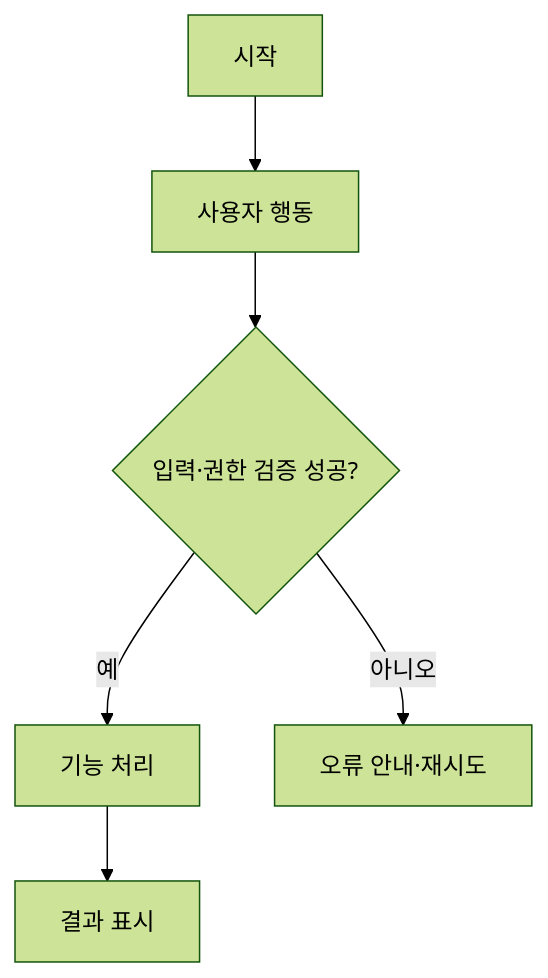
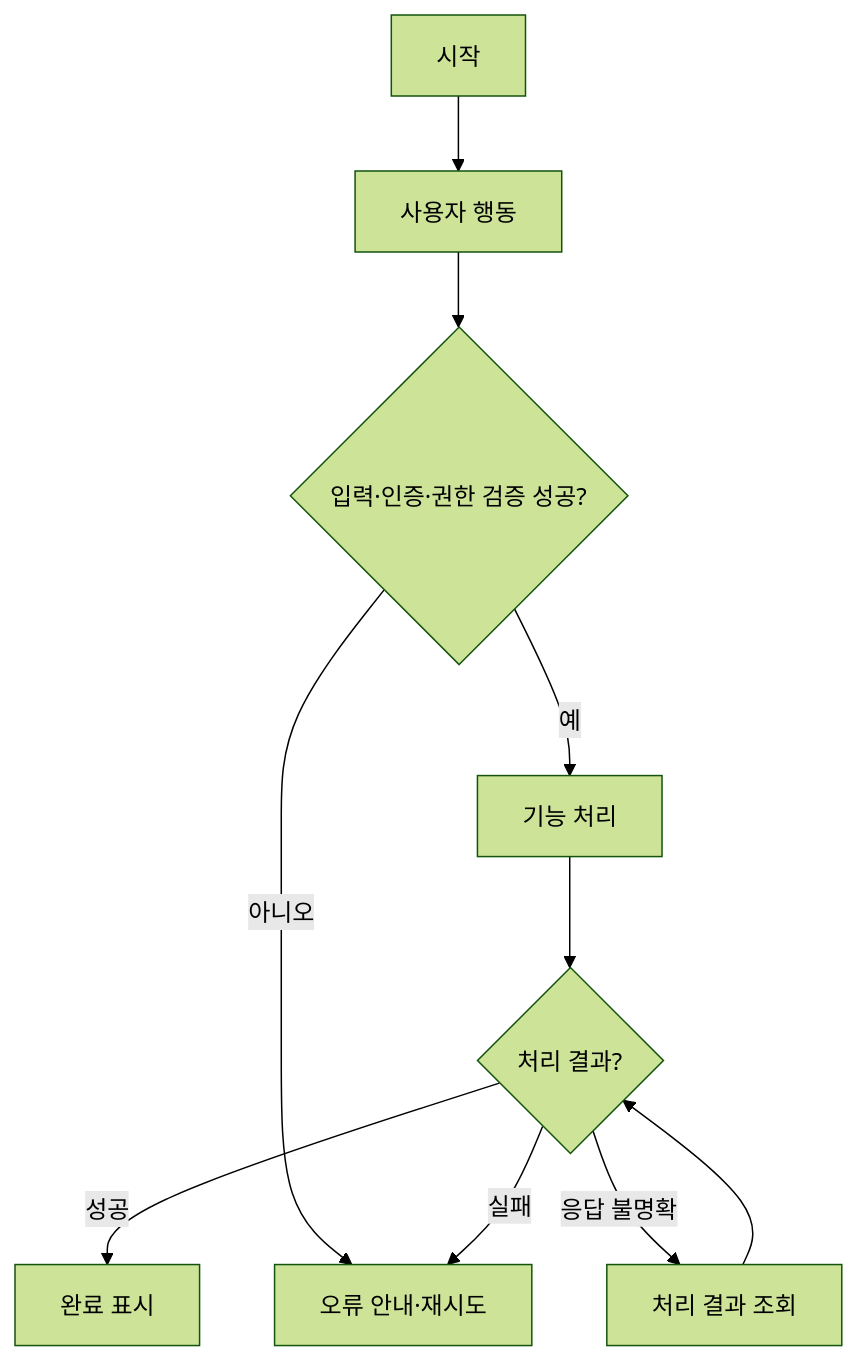
The third of 3 diagrams in product-spec.md (jimin3452-create/banking-web-app), drawn with Mermaid (forest theme) before and after one commit. The commit also changed other lines of this file and 2 other files, not shown here.

````diff
--- a/product-spec.md
+++ b/product-spec.md
@@ -192,8 +197,12 @@
 ```mermaid
 flowchart TD
     START[시작] --> ACTION[사용자 행동]
-    ACTION --> VALID{입력·권한 검증 성공?}
+    ACTION --> VALID{입력·인증·권한 검증 성공?}
     VALID -->|예| PROCESS[기능 처리]
     VALID -->|아니오| ERROR[오류 안내·재시도]
-    PROCESS --> RESULT[결과 표시]
+    PROCESS --> STATUS{처리 결과?}
+    STATUS -->|성공| RESULT[완료 표시]
+    STATUS -->|실패| ERROR
+    STATUS -->|응답 불명확| CHECK[처리 결과 조회]
+    CHECK --> STATUS
 ```
````
